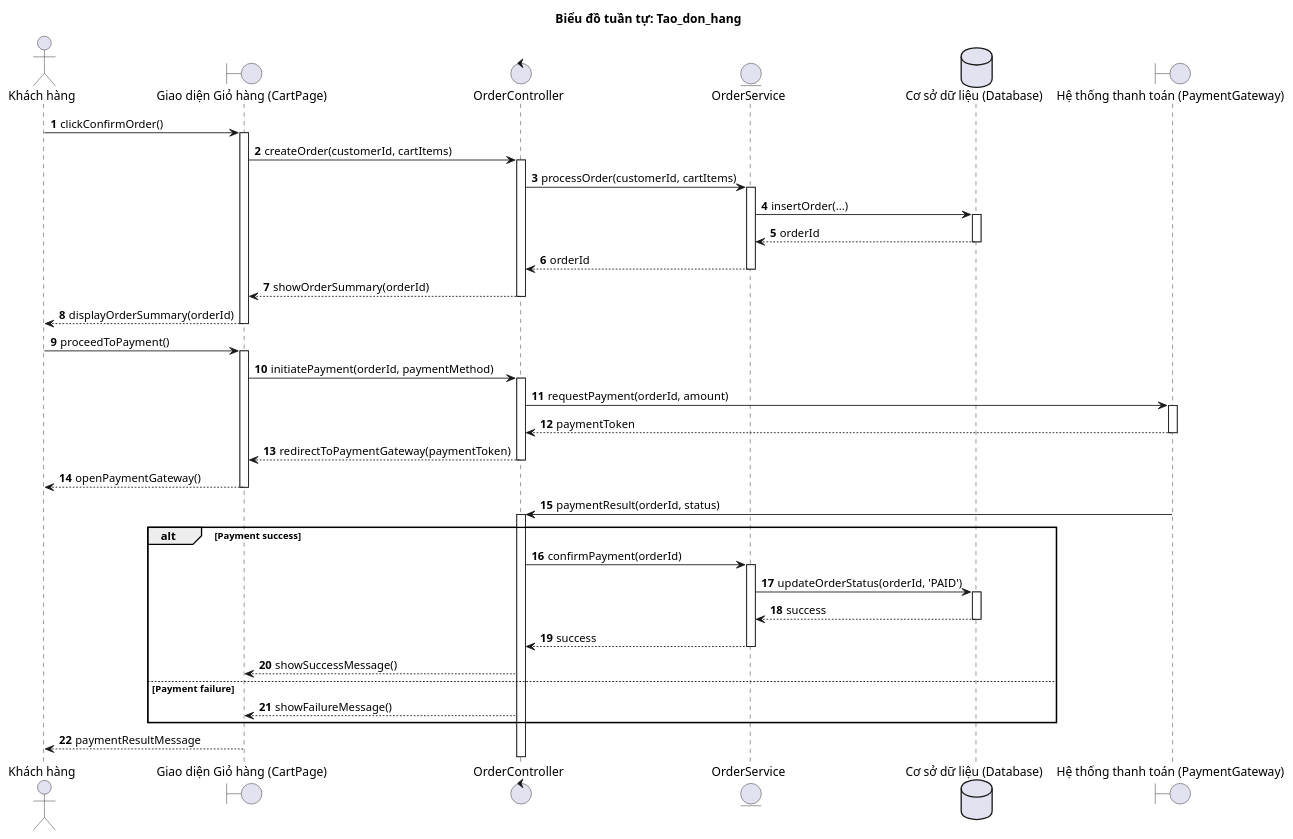
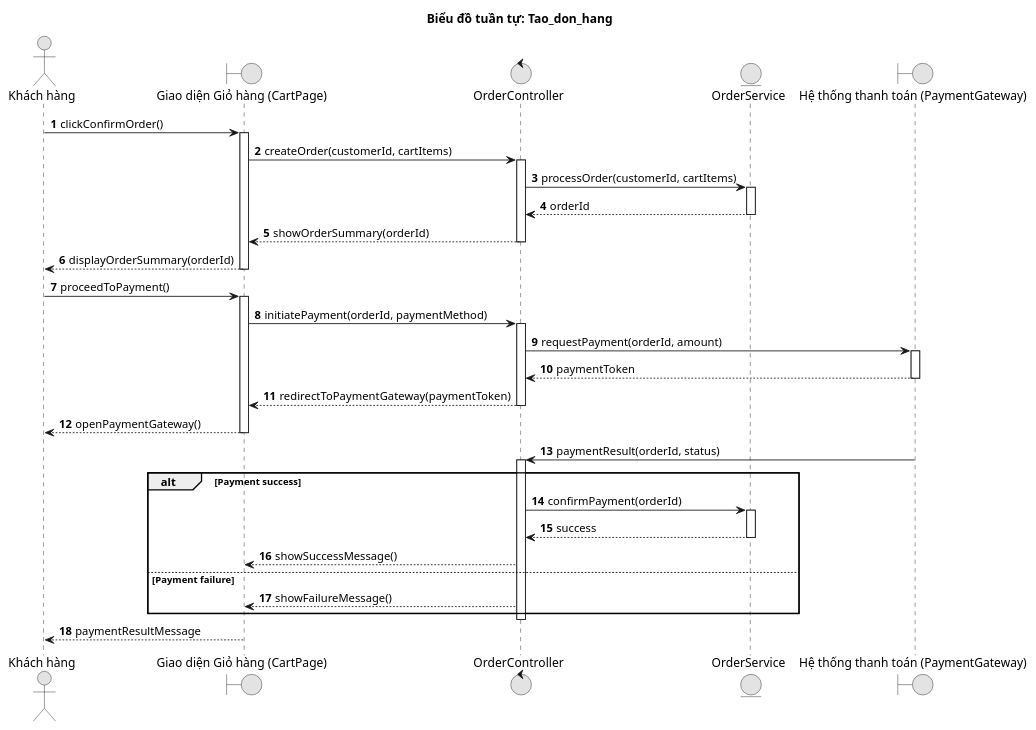
One commit to Ngo-The-Dat/e-voucher-system changed the diagram in doc/sequence/KhachHang/SQ8_Tao_don_hang.wsd. Above: the diagram before and after it, drawn with PlantUML. The commit also changed 3 other files, not shown here.

Commit message:
docs: add sequence diagrams for customer rating, voucher management, cart operations, and order creation

```diff
--- a/doc/sequence/KhachHang/SQ8_Tao_don_hang.wsd
+++ b/doc/sequence/KhachHang/SQ8_Tao_don_hang.wsd
@@ -1,61 +1,56 @@
 @startuml
 title Biểu đồ tuần tự: Tao_don_hang
 
 autonumber
+skinparam monochrome true
+skinparam shadowing false
+
 actor "Khách hàng" as KH
 boundary "Giao diện Giỏ hàng (CartPage)" as UI
 control "OrderController" as Controller
 entity "OrderService" as Service
-database "Cơ sở dữ liệu (Database)" as DB
 boundary "Hệ thống thanh toán (PaymentGateway)" as Payment
 
 '--- Customer confirms order ---
 KH -> UI : clickConfirmOrder()
 activate UI
 UI -> Controller : createOrder(customerId, cartItems)
 activate Controller
 Controller -> Service : processOrder(customerId, cartItems)
 activate Service
-Service -> DB : insertOrder(...)
-activate DB
-DB --> Service : orderId
-deactivate DB
 Service --> Controller : orderId
 deactivate Service
 Controller --> UI : showOrderSummary(orderId)
 deactivate Controller
 UI --> KH : displayOrderSummary(orderId)
 deactivate UI
 
 '--- Payment step ---
 KH -> UI : proceedToPayment()
 activate UI
 UI -> Controller : initiatePayment(orderId, paymentMethod)
 activate Controller
 Controller -> Payment : requestPayment(orderId, amount)
 activate Payment
 Payment --> Controller : paymentToken
 deactivate Payment
 Controller --> UI : redirectToPaymentGateway(paymentToken)
 deactivate Controller
 UI --> KH : openPaymentGateway()
 deactivate UI
 
 '--- Payment callback ---
 Payment -> Controller : paymentResult(orderId, status)
 activate Controller
 alt Payment success
     Controller -> Service : confirmPayment(orderId)
     activate Service
-    Service -> DB : updateOrderStatus(orderId, 'PAID')
-    activate DB
-    DB --> Service : success
-    deactivate DB
     Service --> Controller : success
     deactivate Service
     Controller --> UI : showSuccessMessage()
 else Payment failure
     Controller --> UI : showFailureMessage()
 end
+deactivate Controller
 UI --> KH : paymentResultMessage
 @enduml
```
